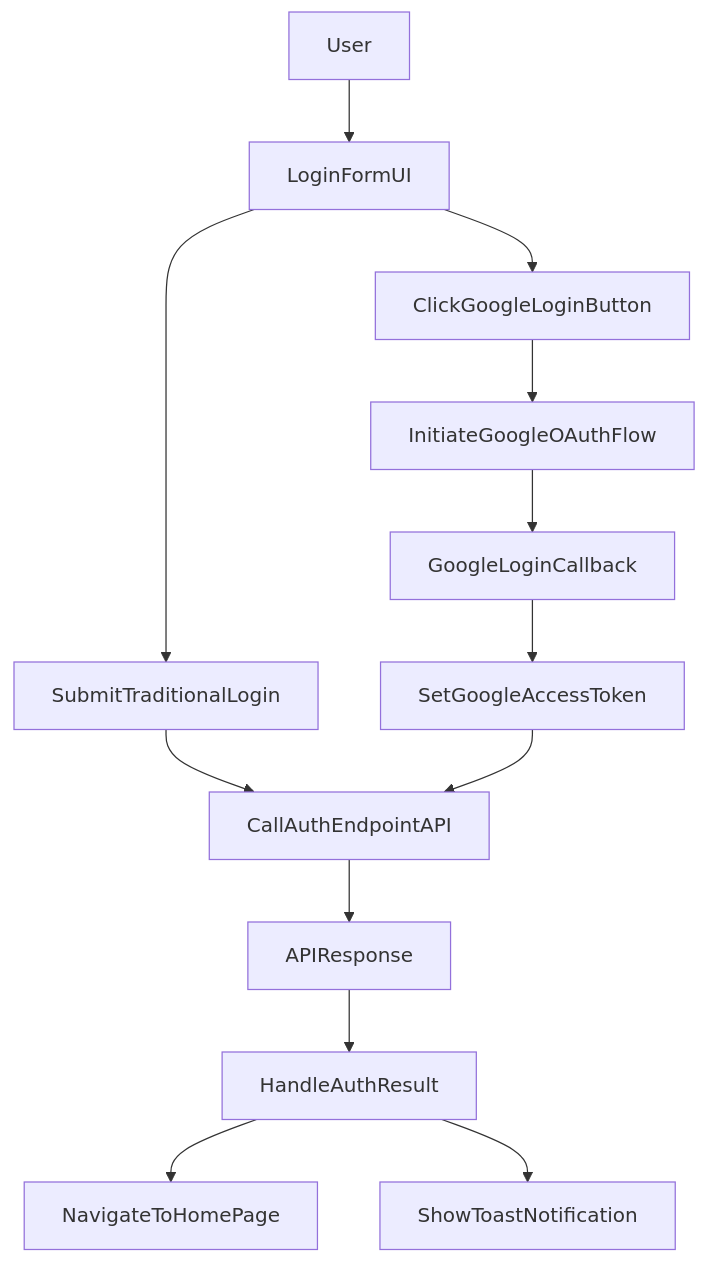
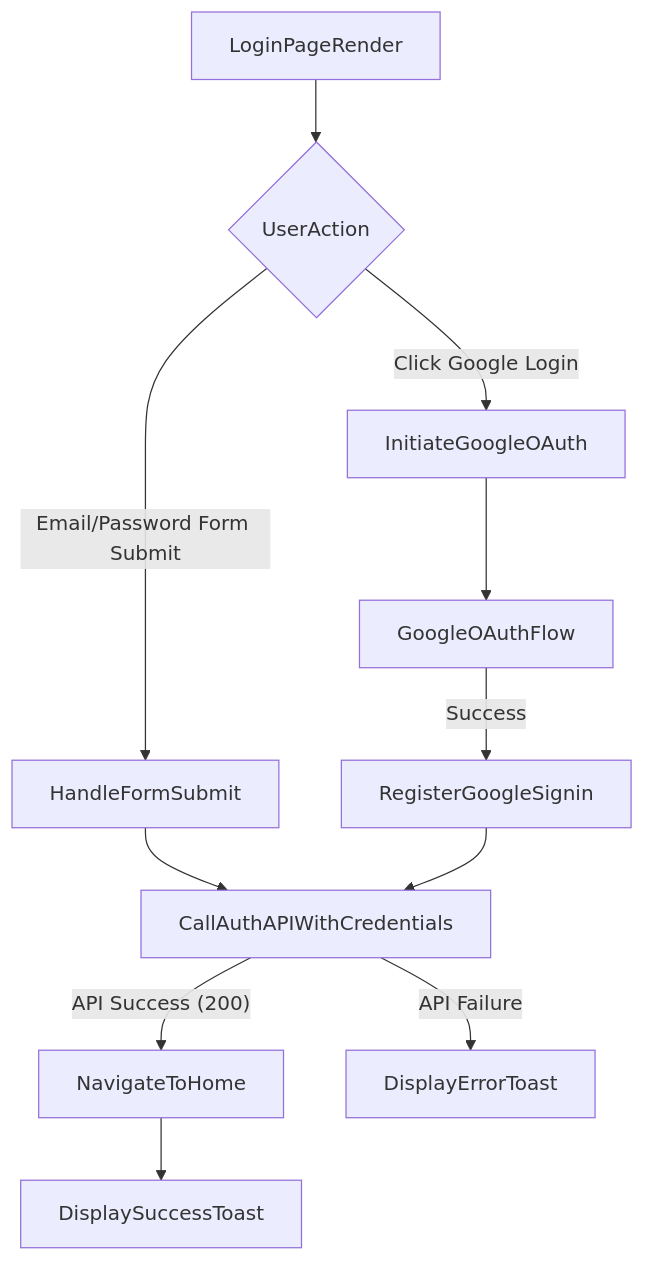
The diagram in docs/src/Pages/Login.jsx.md (test-company-prowiz/tableau-frontend), drawn with Mermaid before and after one commit. The commit also changed other lines of this file and 2 other files, not shown here.

````diff
--- a/docs/src/Pages/Login.jsx.md
+++ b/docs/src/Pages/Login.jsx.md
@@ -68,15 +66,16 @@
 ```mermaid
 graph TD
-User[User] --> LoginForm[LoginFormUI];
-LoginForm --> SubmitTraditional[SubmitTraditionalLogin];
-SubmitTraditional --> CallAuthAPI[CallAuthEndpointAPI];
-LoginForm --> ClickGoogleLogin[ClickGoogleLoginButton];
-ClickGoogleLogin --> InitiateGoogleOAuth[InitiateGoogleOAuthFlow];
-InitiateGoogleOAuth --> GoogleCallback[GoogleLoginCallback];
-GoogleCallback --> SetGoogleToken[SetGoogleAccessToken];
-SetGoogleToken --> CallAuthAPI;
-CallAuthAPI --> APIResponse[APIResponse];
-APIResponse --> HandleAuthResult[HandleAuthResult];
-HandleAuthResult --> NavigateHome[NavigateToHomePage];
-HandleAuthResult --> ShowToast[ShowToastNotification];
+A[LoginPageRender] --> B{UserAction};
+B -- "Email/Password Form Submit" --> C[HandleFormSubmit];
+B -- "Click Google Login" --> D[InitiateGoogleOAuth];
+
+C --> E[CallAuthAPIWithCredentials];
+D --> F[GoogleOAuthFlow];
+F -- "Success" --> G[RegisterGoogleSignin];
+G --> E;
+
+E -- "API Success (200)" --> H[NavigateToHome];
+E -- "API Failure" --> I[DisplayErrorToast];
+
+H --> J[DisplaySuccessToast];
 ```
````
